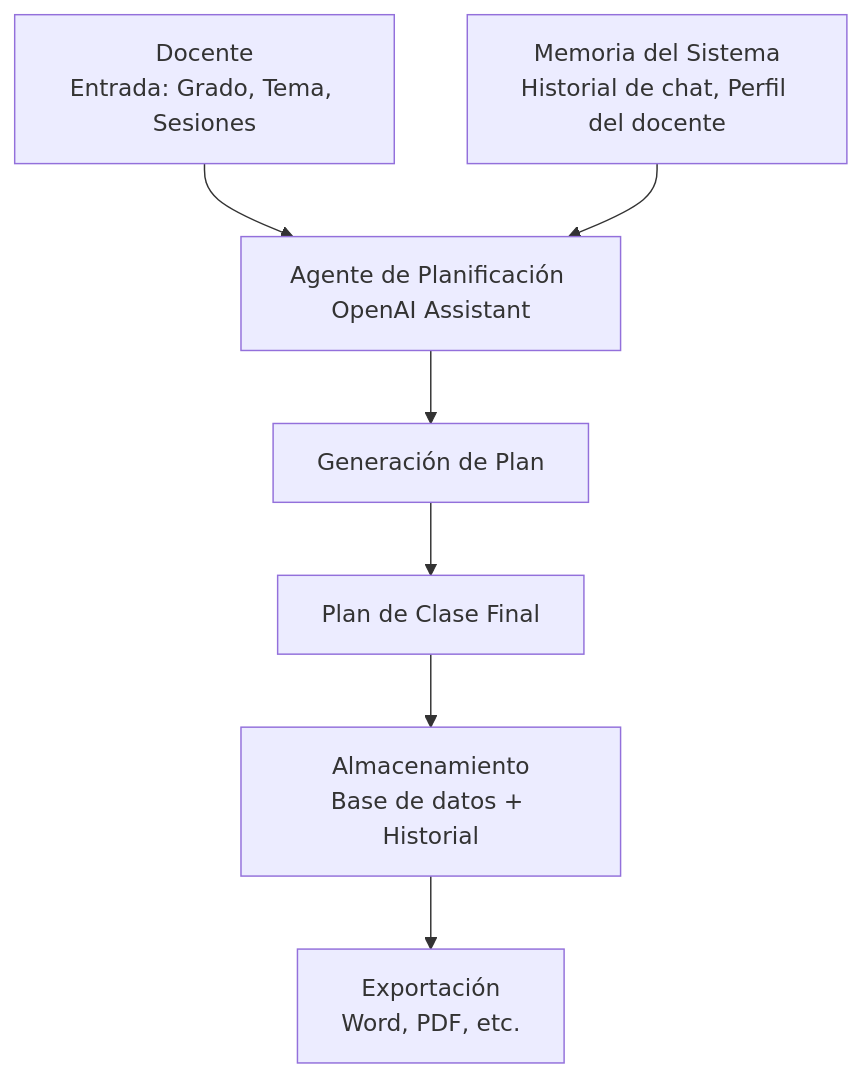
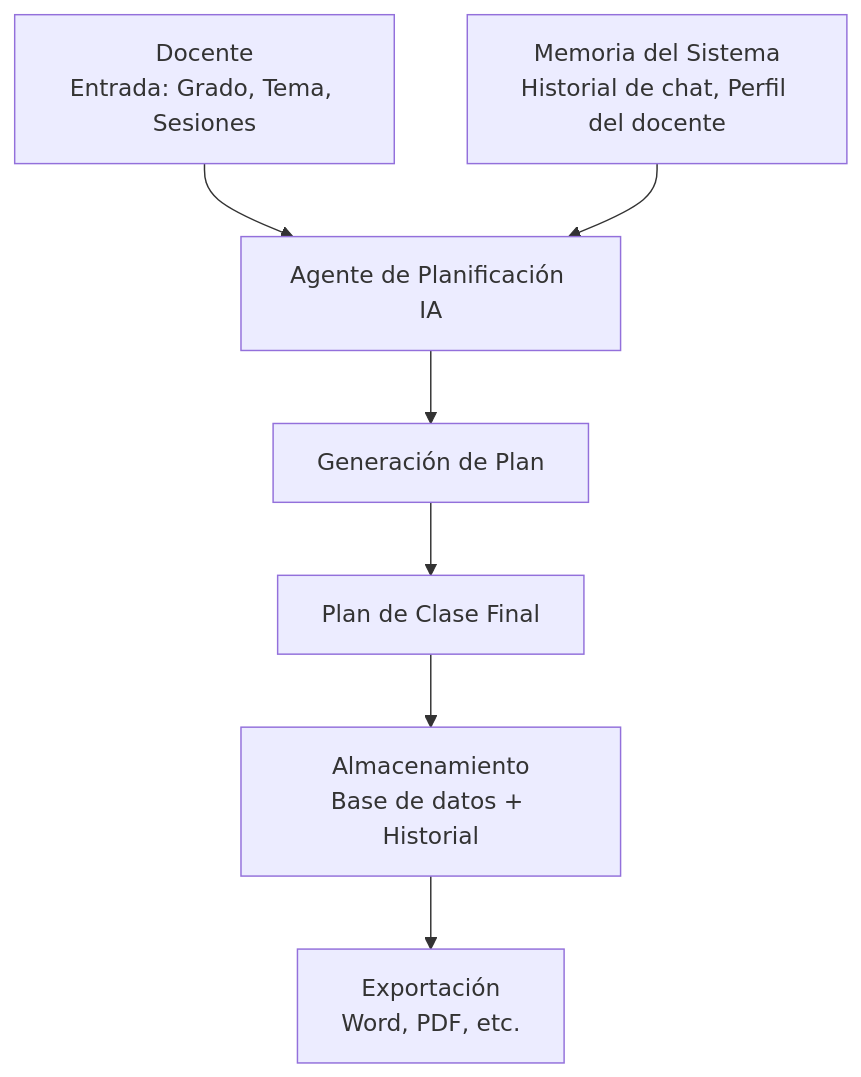
Before and after one commit to Curriaga2002/tutor-agente-ia: the first of 5 diagrams in README.md, drawn with Mermaid.

````diff
--- a/README.md
+++ b/README.md
@@ -53,17 +53,17 @@
 ```mermaid
 flowchart TD
     A[Docente\nEntrada: Grado, Tema, Sesiones] 
     B[Memoria del Sistema\nHistorial de chat, Perfil del docente]
-    C[Agente de Planificación OpenAI Assistant]
+    C[Agente de Planificación IA]
     D[Generación de Plan]
     E[Plan de Clase Final]
     F[Almacenamiento\nBase de datos + Historial]
     G[Exportación\nWord, PDF, etc.]
 
     A --> C
     B --> C
     C --> D
     D --> E
     E --> F
     F --> G
 ```
````
